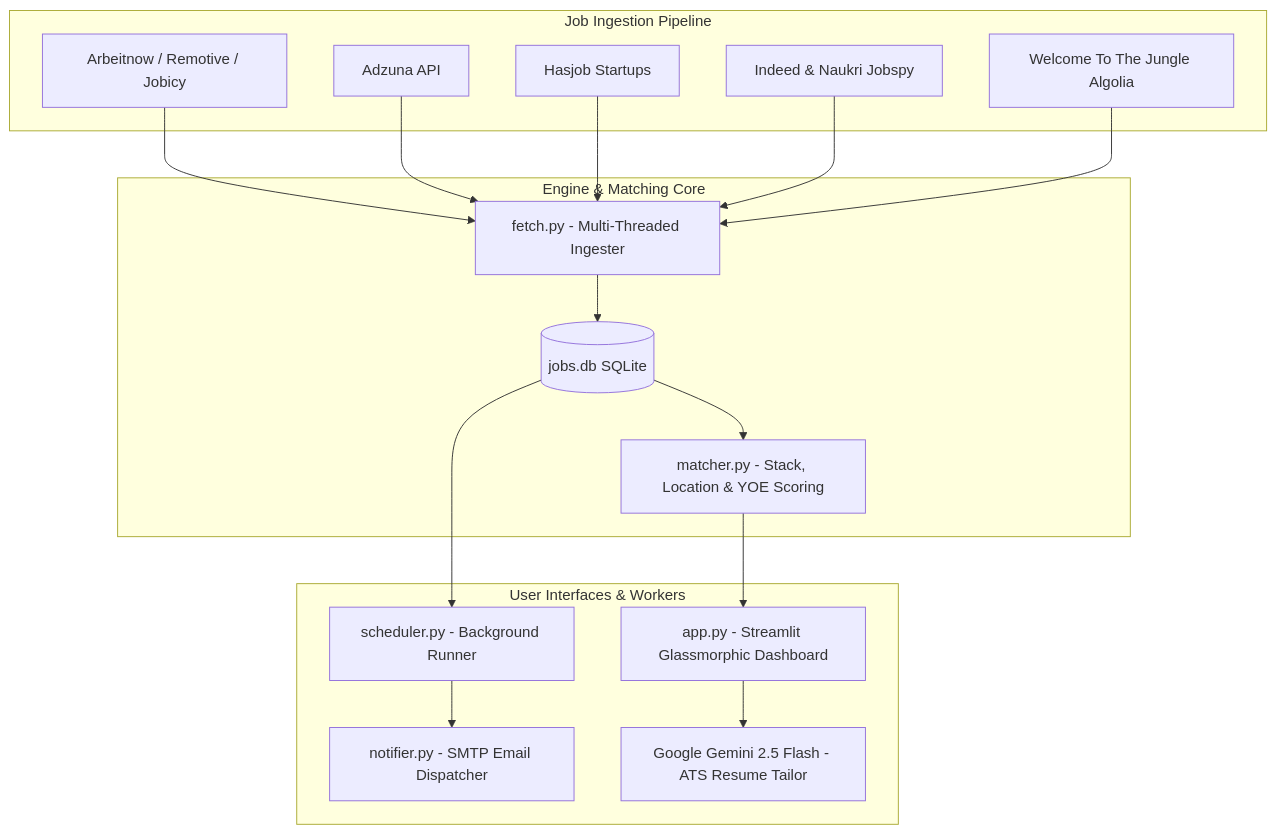
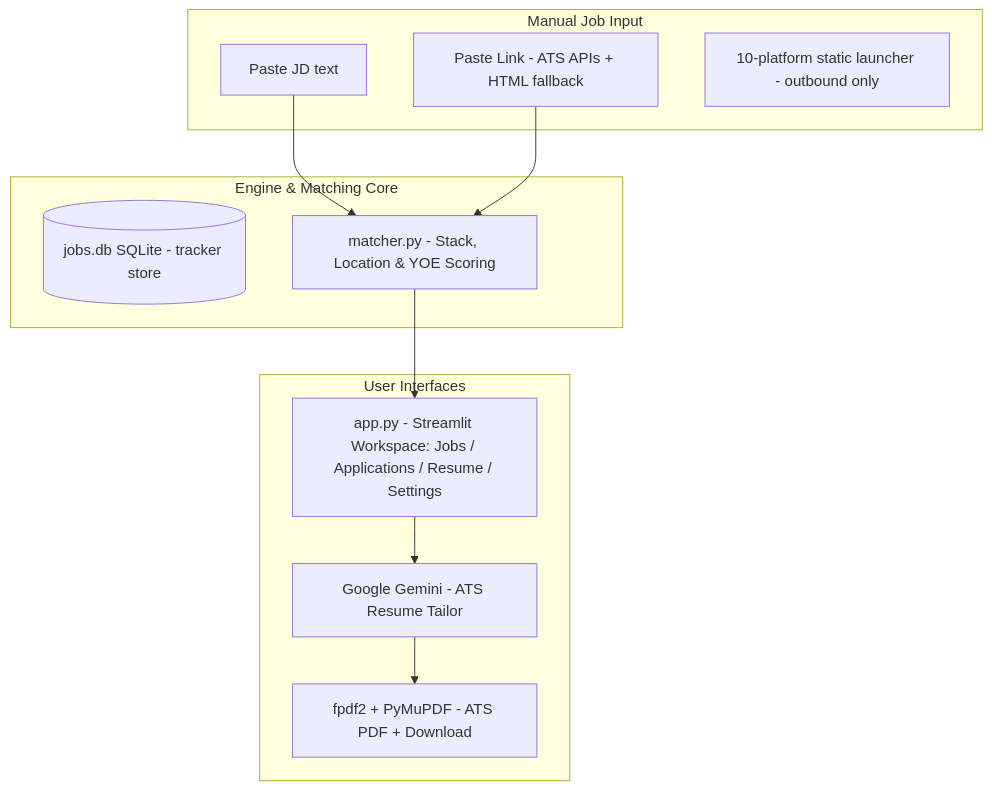
One commit to PrathameshDev2803/jobscout-ai changed the diagram in README.md. Above: the diagram before and after it, drawn with Mermaid. The commit also changed other lines of this file and 18 other files, not shown here.

First line of the commit message:
refactor(app): drop background scraping/email alerts, pivot to paste-JD/link tailoring workspace

````diff
--- a/README.md
+++ b/README.md
@@ -58,31 +56,24 @@
 ```mermaid
 graph TD
-    subgraph Sources [Job Ingestion Pipeline]
-        S1[Arbeitnow / Remotive / Jobicy]
-        S2[Adzuna API]
-        S3[Hasjob Startups]
-        S4[Indeed & Naukri Jobspy]
-        S5[Welcome To The Jungle Algolia]
+    subgraph Input [Manual Job Input]
+        JD[Paste JD text]
+        Link[Paste Link - ATS APIs + HTML fallback]
+        Portals[10-platform static launcher - outbound only]
     end
 
     subgraph Core [Engine & Matching Core]
-        Ingest[fetch.py - Multi-Threaded Ingester]
-        Dedup[(jobs.db SQLite)]
+        Store[(jobs.db SQLite - tracker store)]
         Matcher[matcher.py - Stack, Location & YOE Scoring]
     end
 
-    subgraph Output [User Interfaces & Workers]
-        UI[app.py - Streamlit Glassmorphic Dashboard]
-        Worker[scheduler.py - Background Runner]
-        Mailer[notifier.py - SMTP Email Dispatcher]
-        AI[Google Gemini 2.5 Flash - ATS Resume Tailor]
+    subgraph Output [User Interfaces]
+        UI[app.py - Streamlit Workspace: Jobs / Applications / Resume / Settings]
+        AI[Google Gemini - ATS Resume Tailor]
+        PDF[fpdf2 + PyMuPDF - ATS PDF + Download]
     end
 
-    S1 & S2 & S3 & S4 & S5 --> Ingest
-    Ingest --> Dedup
-    Dedup --> Matcher
+    JD & Link --> Matcher
     Matcher --> UI
-    Dedup --> Worker
-    Worker --> Mailer
     UI --> AI
+    AI --> PDF
 ```
````
